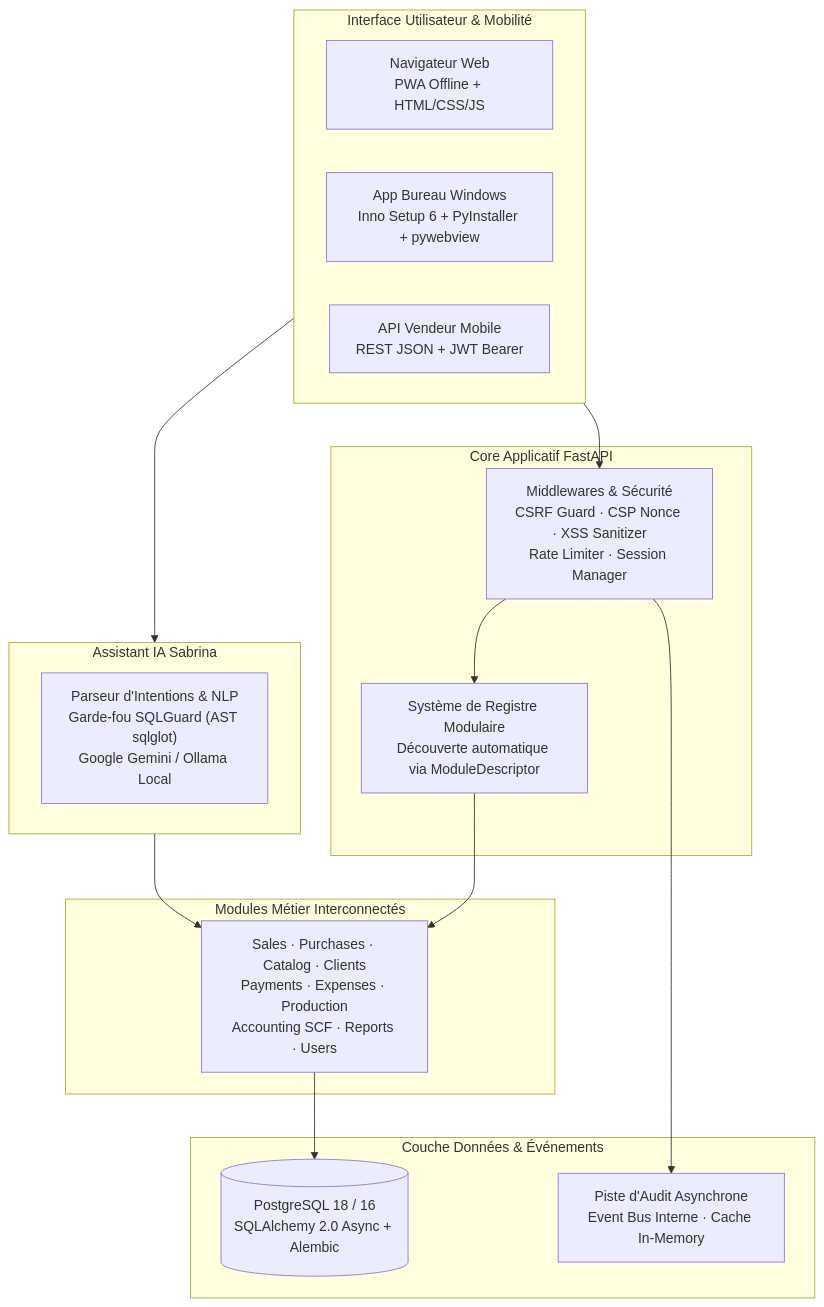
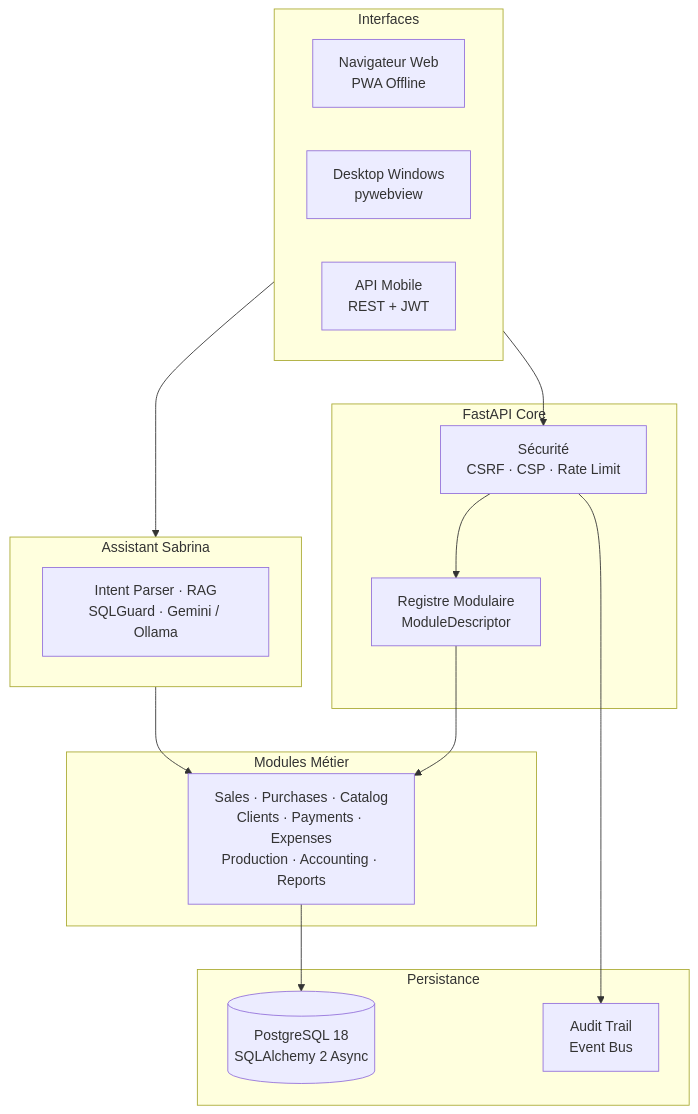
The diagram in README.md (ouanesfab-alt/FABouanes), drawn with Mermaid before and after one commit. The commit also changed other lines of this file, not shown here.

````diff
--- a/README.md
+++ b/README.md
@@ -54,34 +62,31 @@
 ```mermaid
 flowchart TB
-    subgraph Clients["Interface Utilisateur & Mobilité"]
-        WEB["Navigateur Web<br/>PWA Offline + HTML/CSS/JS"]
-        DESKTOP["App Bureau Windows<br/>Inno Setup 6 + PyInstaller + pywebview"]
-        MOBILE["API Vendeur Mobile<br/>REST JSON + JWT Bearer"]
+    subgraph UI["Interfaces"]
+        WEB["Navigateur Web<br/>PWA Offline"]
+        DESK["Desktop Windows<br/>pywebview"]
+        API["API Mobile<br/>REST + JWT"]
     end
 
-    subgraph Core["Core Applicatif FastAPI"]
-        MW["Middlewares & Sécurité<br/>CSRF Guard · CSP Nonce · XSS Sanitizer<br/>Rate Limiter · Session Manager"]
-        DESCR["Système de Registre Modulaire<br/>Découverte automatique via ModuleDescriptor"]
+    subgraph CORE["FastAPI Core"]
+        SEC["Sécurité<br/>CSRF · CSP · Rate Limit"]
+        REG["Registre Modulaire<br/>ModuleDescriptor"]
     end
 
-    subgraph Registry["Modules Métier Interconnectés"]
-        MODULES["Sales · Purchases · Catalog · Clients<br/>Payments · Expenses · Production<br/>Accounting SCF · Reports · Users"]
+    subgraph BIZ["Modules Métier"]
+        MOD["Sales · Purchases · Catalog<br/>Clients · Payments · Expenses<br/>Production · Accounting · Reports"]
     end
 
-    subgraph Sabrina["Assistant IA Sabrina"]
-        AI["Parseur d'Intentions & NLP<br/>Garde-fou SQLGuard (AST sqlglot)<br/>Google Gemini / Ollama Local"]
+    subgraph IA["Assistant Sabrina"]
+        NLP["Intent Parser · RAG<br/>SQLGuard · Gemini / Ollama"]
     end
 
-    subgraph Persistence["Couche Données & Événements"]
-        DB[("PostgreSQL 18 / 16<br/>SQLAlchemy 2.0 Async + Alembic")]
-        AUDIT["Piste d'Audit Asynchrone<br/>Event Bus Interne · Cache In-Memory"]
+    subgraph DATA["Persistance"]
+        DB[("PostgreSQL 18<br/>SQLAlchemy 2 Async")]
+        EVT["Audit Trail<br/>Event Bus"]
     end
 
-    Clients --> MW
-    MW --> DESCR
-    DESCR --> MODULES
-    Clients --> Sabrina
-    Sabrina --> MODULES
-    MODULES --> DB
-    MW --> AUDIT
+    UI --> SEC --> REG --> MOD
+    UI --> IA --> MOD
+    MOD --> DB
+    SEC --> EVT
 ```
````
